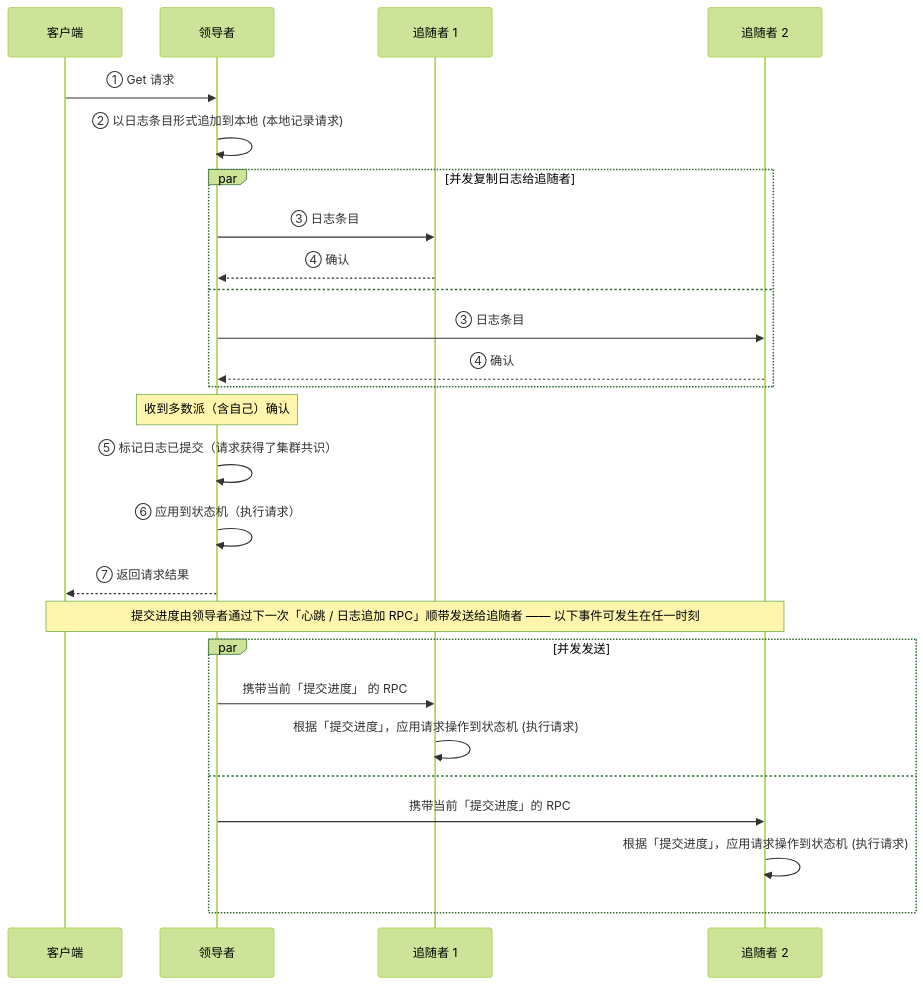
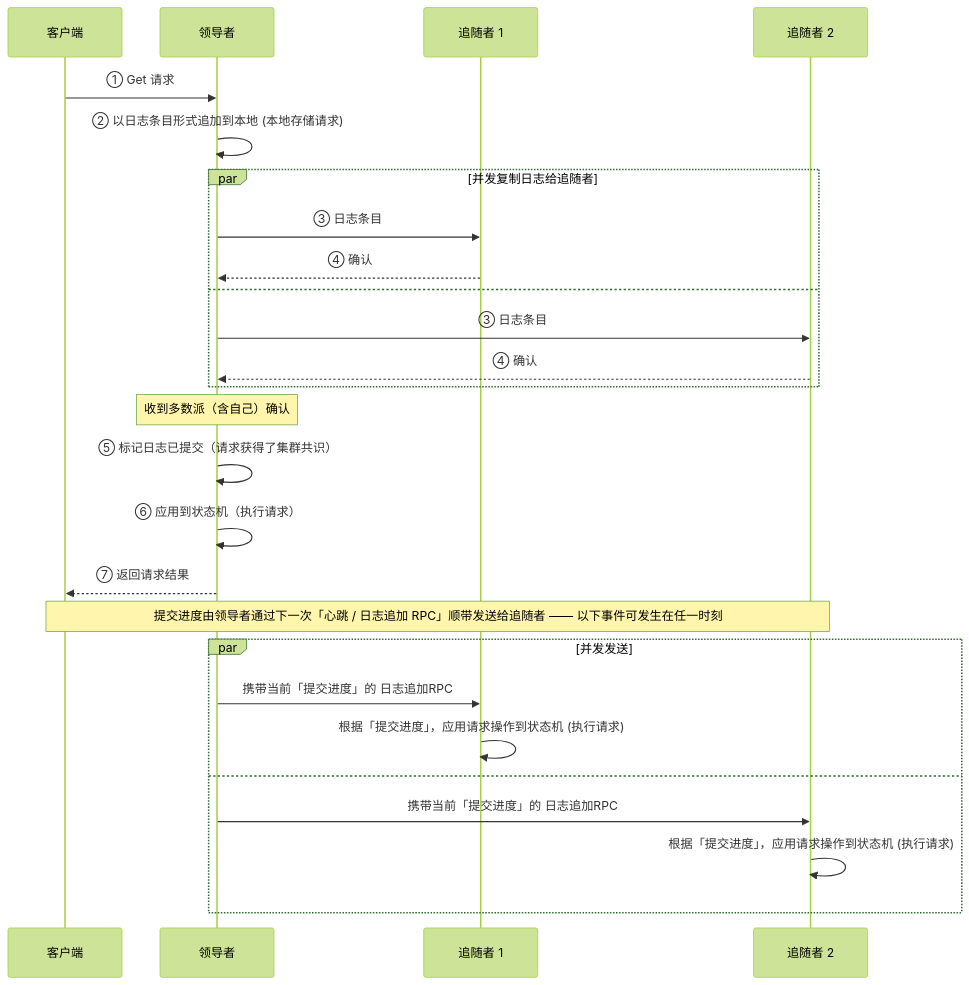
One commit to AOisUsed/mitDistroSys26 changed the first of 3 diagrams in docs/DESIGN.md. Above: the diagram before and after it, drawn with Mermaid (forest theme). The commit also changed other lines of this file and 7 other files, not shown here.

````diff
--- a/docs/DESIGN.md
+++ b/docs/DESIGN.md
@@ -32,31 +32,31 @@
 ```mermaid
 sequenceDiagram
     participant C as 客户端
     participant L as 领导者
     participant F1 as 追随者 1
     participant F2 as 追随者 2
 
     C->>L: ① Get 请求
-    L->>L: ② 以日志条目形式追加到本地 (本地记录请求)
+    L->>L: ② 以日志条目形式追加到本地 (本地存储请求)
     par 并发复制日志给追随者
         L->>F1: ③ 日志条目
         F1-->>L: ④ 确认
     and 
         L->>F2: ③ 日志条目
         F2-->>L: ④ 确认
     end
 
     Note over L: 收到多数派（含自己）确认
     L->>L: ⑤ 标记日志已提交（请求获得了集群共识）
     L->>L: ⑥ 应用到状态机（执行请求）
     L-->>C: ⑦ 返回请求结果
 
     note over C,F2:提交进度由领导者通过下一次「心跳 / 日志追加 RPC」顺带发送给追随者 —— 以下事件可发生在任一时刻
     par 并发发送
-        L->>F1: 携带当前「提交进度」 的 RPC
+        L->>F1: 携带当前「提交进度」的 日志追加RPC
         F1->>F1: 根据「提交进度」，应用请求操作到状态机 (执行请求)
     and 
-        L->>F2: 携带当前「提交进度」的 RPC
+        L->>F2: 携带当前「提交进度」的 日志追加RPC
         F2->>F2: 根据「提交进度」，应用请求操作到状态机 (执行请求)
     end
 ```
````
